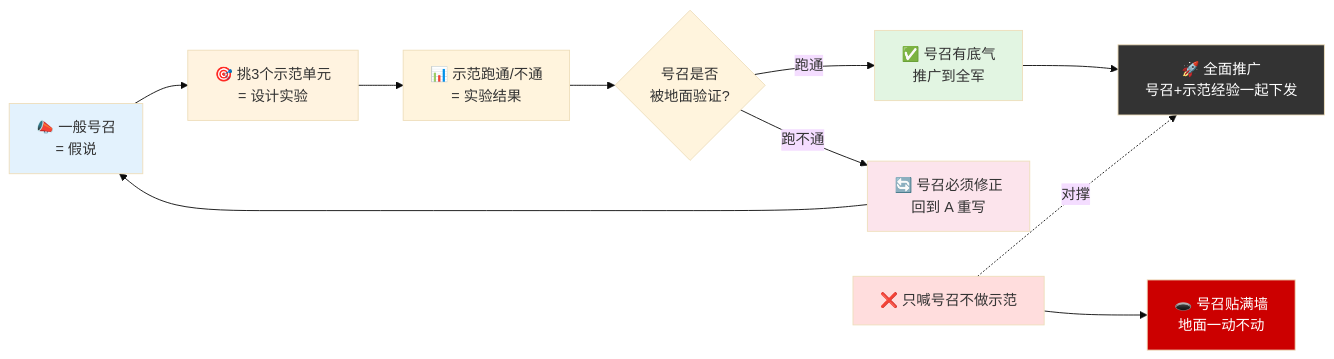
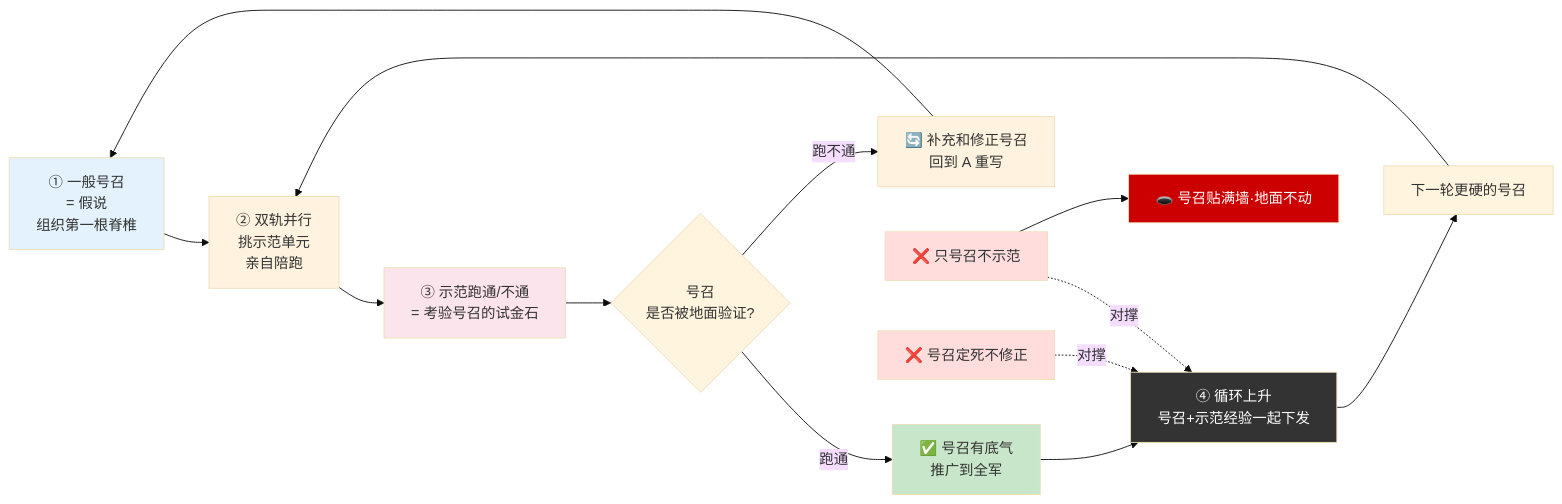
One commit to chongyang211/YCBookBlog changed the third of 12 diagrams in packages/website/13.书籍/01.毛选实战心法/30.动员群众指导法.md. Above: the diagram before and after it, drawn with Mermaid (base theme). The commit also changed other lines of this file and 10 other files, not shown here.

````diff
--- a/packages/website/13.书籍/01.毛选实战心法/30.动员群众指导法.md
+++ b/packages/website/13.书籍/01.毛选实战心法/30.动员群众指导法.md
@@ -112,23 +173,26 @@
 ```mermaid
 flowchart LR
-    A["📣 一般号召<br/>= 假说"] --> B["🎯 挑3个示范单元<br/>= 设计实验"]
-    B --> C["📊 示范跑通/不通<br/>= 实验结果"]
-    C --> D{"号召是否<br/>被地面验证?"}
+    A["① 一般号召<br/>= 假说<br/>组织第一根脊椎"] --> B["② 双轨并行<br/>挑示范单元<br/>亲自陪跑"]
+    B --> C["③ 示范跑通/不通<br/>= 考验号召的试金石"]
+    C --> D{"号召<br/>是否被地面验证?"}
+    D -->|"跑通"| E["✅ 号召有底气<br/>推广到全军"]
+    D -->|"跑不通"| F["🔄 补充和修正号召<br/>回到 A 重写"]
+    F --> A
+    E --> G["④ 循环上升<br/>号召+示范经验一起下发"]
+    G --> A2["下一轮更硬的号召"]
+    A2 --> B
 
-    D -->|"跑通"| E["✅ 号召有底气<br/>推广到全军"]
-    D -->|"跑不通"| F["🔄 号召必须修正<br/>回到 A 重写"]
-
-    F --> A
-    E --> G["🚀 全面推广<br/>号召+示范经验一起下发"]
-
-    Bad["❌ 只喊号召不做示范"] -.对撑.-> G
-    Bad --> Trap["🕳️ 号召贴满墙<br/>地面一动不动"]
+    Bad1["❌ 只号召不示范"] -.对撑.-> G
+    Bad2["❌ 号召定死不修正"] -.对撑.-> G
+    Bad1 --> Trap["🕳️ 号召贴满墙·地面不动"]
 
     style A fill:#e3f2fd
     style B fill:#fff3e0
-    style E fill:#e2f5e2
-    style F fill:#fce4ec
-    style Bad fill:#fdd
+    style C fill:#fce4ec
+    style E fill:#c8e6c9
+    style F fill:#fff3e0
+    style G fill:#333,color:#fff
+    style Bad1 fill:#fdd
+    style Bad2 fill:#fdd
     style Trap fill:#c00,color:#fff
-    style G fill:#333,color:#fff
 ```
````
